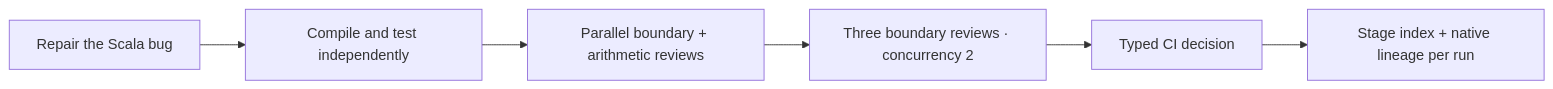
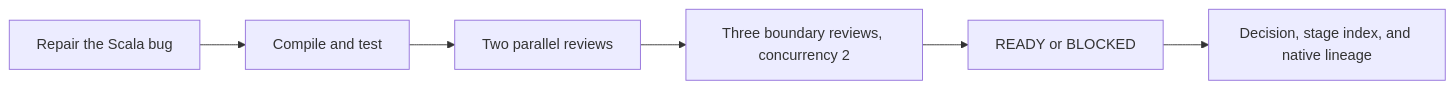
The diagram in README.md (yabaninai/raider), drawn with Mermaid before and after one commit. The commit also changed other lines of this file and 2 other files, not shown here.

Commit message:
docs: add task-based entry point and full captured Scala projections

````diff
--- a/README.md
+++ b/README.md
@@ -74,8 +99,8 @@
 ```mermaid
 flowchart LR
-  Repair["Repair the Scala bug"] --> Tests["Compile and test independently"]
-  Tests --> Reviews["Parallel boundary + arithmetic reviews"]
-  Reviews --> Cases["Three boundary reviews · concurrency 2"]
-  Cases --> Gate["Typed CI decision"]
-  Gate --> Evidence["Stage index + native lineage per run"]
+  Repair[Repair the Scala bug] --> Tests[Compile and test]
+  Tests --> Reviews[Two parallel reviews]
+  Reviews --> Cases[Three boundary reviews, concurrency 2]
+  Cases --> Decision[READY or BLOCKED]
+  Decision --> Files[Decision, stage index, and native lineage]
 ```
````
